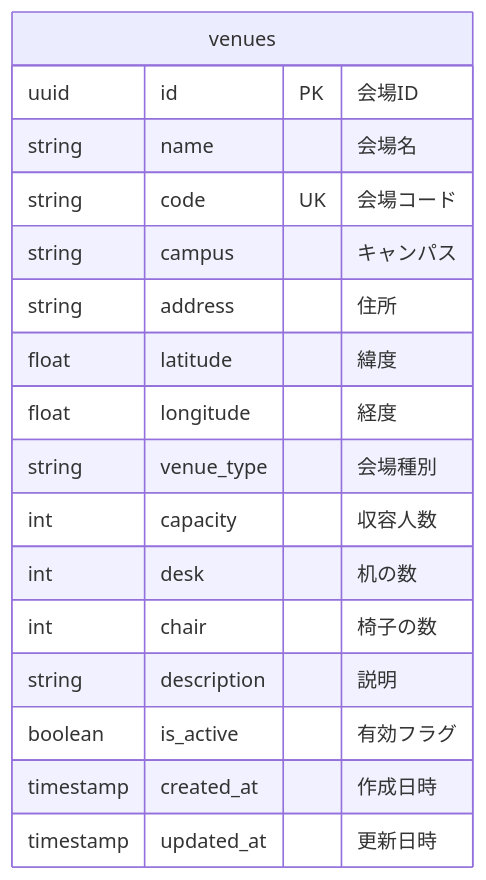
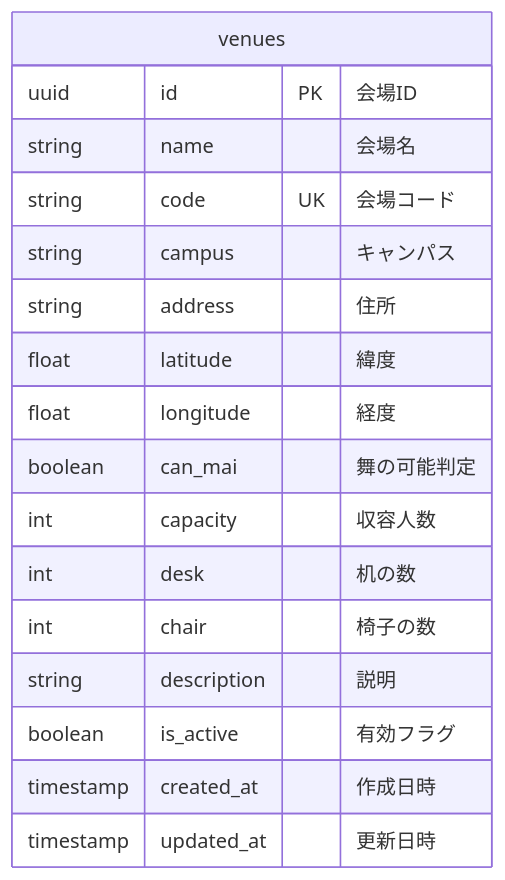
Before and after one commit to NowatariSoma/tomosigoto_nou_system: the diagram in tickets/phase_1/backend/BACK-DB-001/BACK-DB-001.4/README.md, drawn with Mermaid.

Commit message:
[FEAT] 舞の可能判定を入れた

````diff
--- a/tickets/phase_1/backend/BACK-DB-001/BACK-DB-001.4/README.md
+++ b/tickets/phase_1/backend/BACK-DB-001/BACK-DB-001.4/README.md
@@ -46,20 +46,20 @@
 ```mermaid
 erDiagram
     venues {
         uuid id PK "会場ID"
         string name "会場名"
         string code UK "会場コード"
         string campus "キャンパス"
         string address "住所"
         float latitude "緯度"
         float longitude "経度"
-        string venue_type "会場種別"
+        boolean can_mai "舞の可能判定"
         int capacity "収容人数"
         int desk "机の数"
         int chair "椅子の数"
         string description "説明"
         boolean is_active "有効フラグ"
         timestamp created_at "作成日時"
         timestamp updated_at "更新日時"
     }
 ```
````
